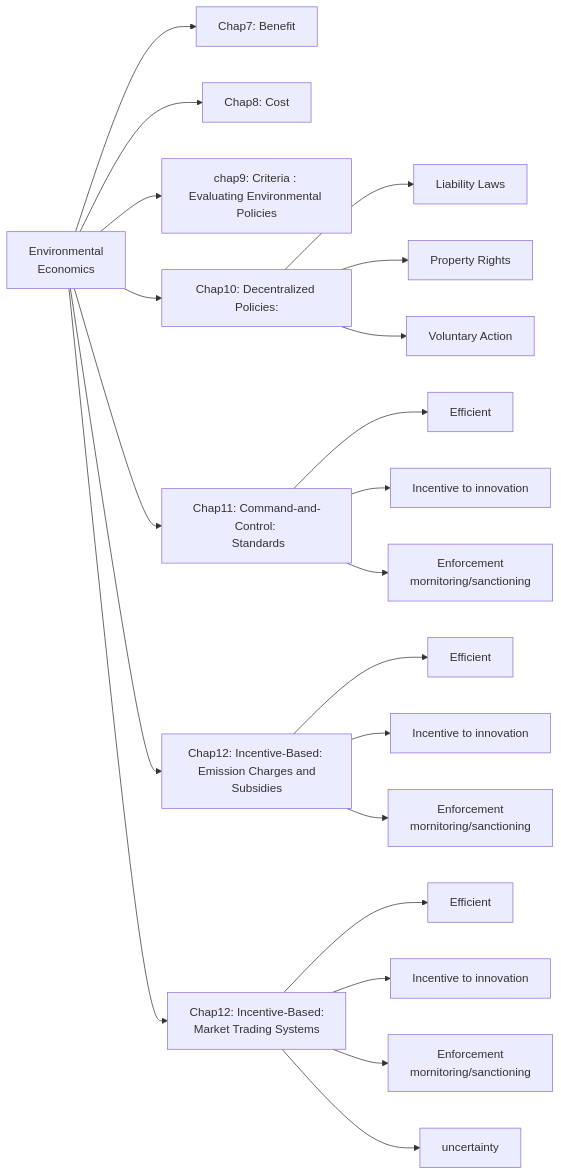
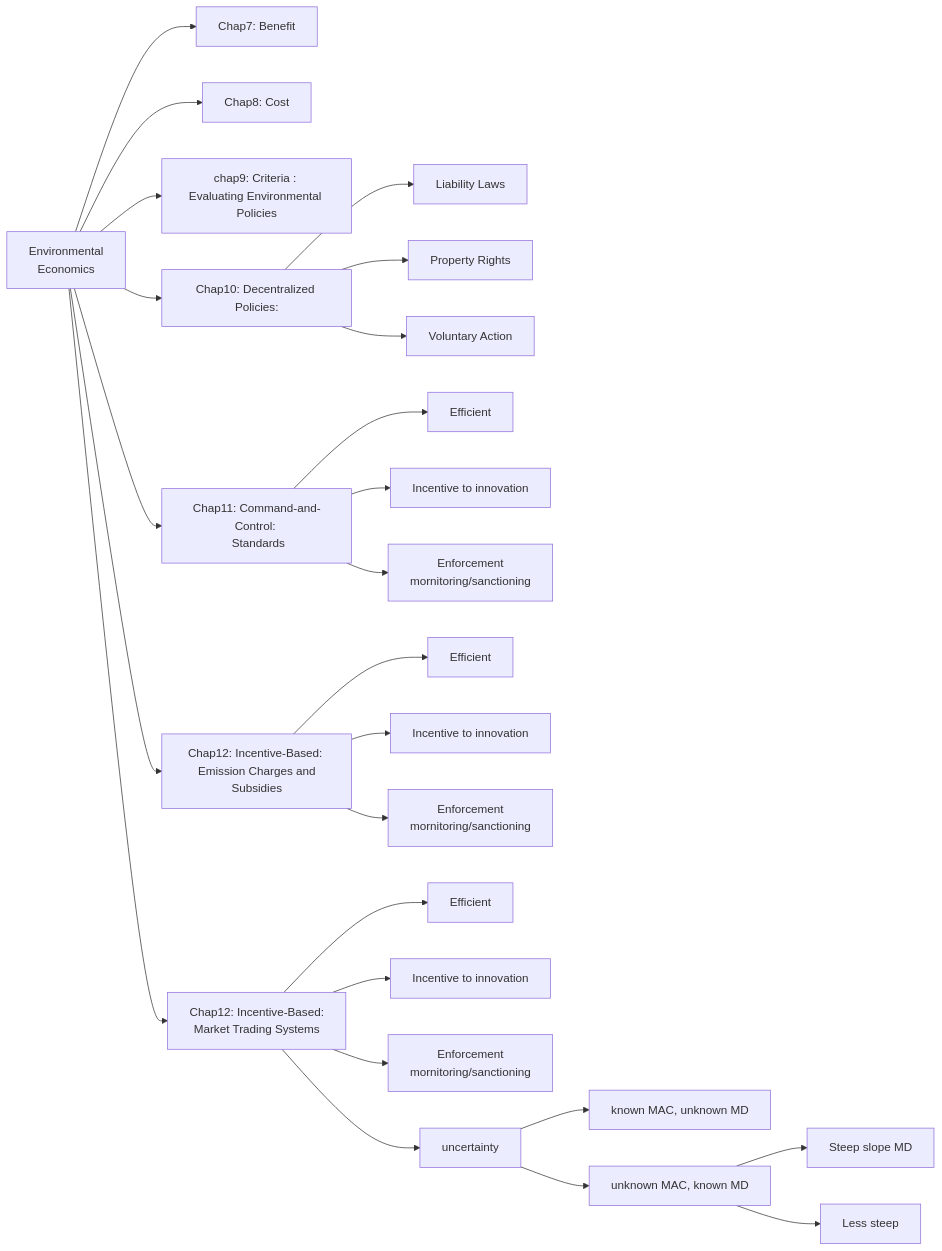
Before and after one commit to snowdj/ECON: the diagram in _posts/2017-04-13-381-final-2017.md, drawn with Mermaid.

```diff
--- a/_posts/2017-04-13-381-final-2017.md
+++ b/_posts/2017-04-13-381-final-2017.md
@@ -22,24 +22,32 @@
 <div class="mermaid">
 graph LR
       id0[Environmental <br> Economics]-->id1[Chap7: Benefit]
       id0[Environmental <br> Economics]-->id2[Chap8: Cost]
       id0[Environmental <br> Economics]-->id3[chap9: Criteria : <br>Evaluating Environmental Policies]
       id0[Environmental <br> Economics]-->id4[Chap10: Decentralized Policies:]
       id0[Environmental <br> Economics]-->id5[Chap11: Command-and-Control: <br> Standards]
       id0[Environmental <br> Economics]-->id6[Chap12: Incentive-Based: <br> Emission Charges and Subsidies]
       id0[Environmental <br> Economics]-->id7[Chap12: Incentive-Based: <br> Market Trading Systems]
       
       id4-->id9[Liability Laws]
      id4-->id10[Property Rights]
      id4-->id11[Voluntary Action]
      id5-->id12[Efficient]
      id5-->id13[Incentive to innovation]
      id5-->id14[Enforcement <br> mornitoring/sanctioning]
      id6-->id15[Efficient]
      id6-->id16[Incentive to innovation]
      id6-->id17[Enforcement<br> mornitoring/sanctioning]
      id7-->id18[Efficient]
      id7-->id19[Incentive to innovation]
      id7-->id20[Enforcement<br> mornitoring/sanctioning]
      id7-->id21[uncertainty]
+     
+     id21-->id22[known MAC, unknown MD]
+     id21-->id23[unknown MAC, known MD]
+     id23-->id24[Steep slope MD]
+     id23-->id25[Less steep]
+     
+     
+     
  </div>
```
